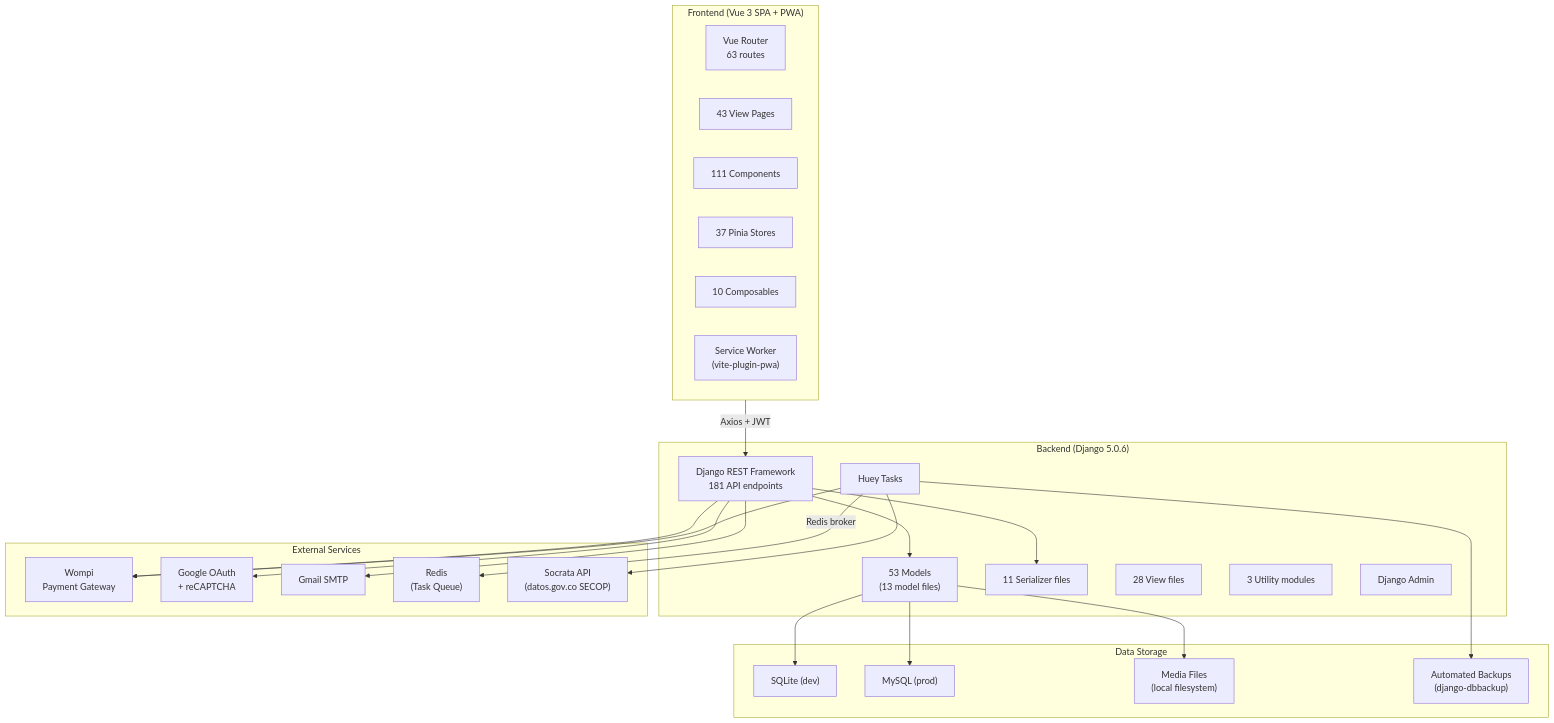
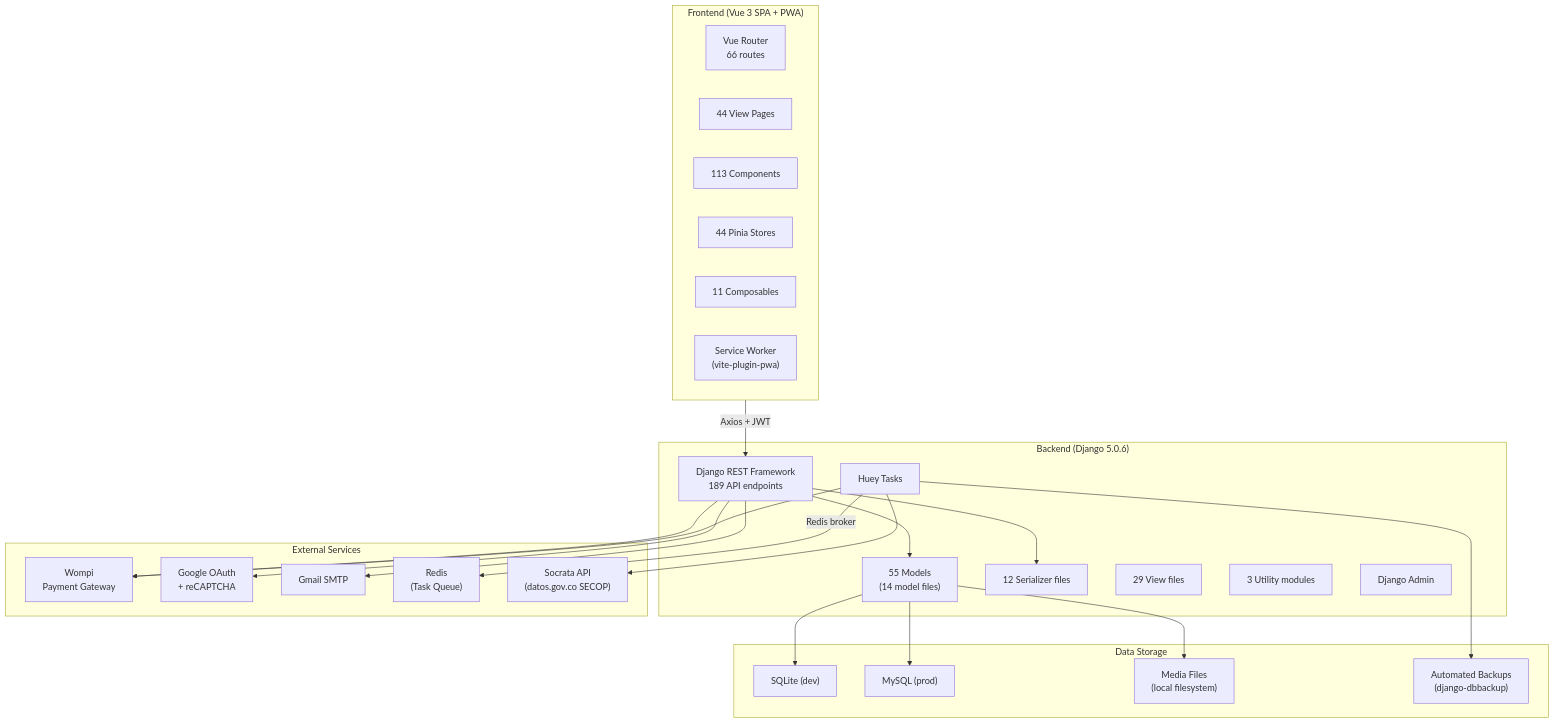
Before and after one commit to carlos18bp/gym_project: the first of 8 diagrams in docs/methodology/architecture.md, drawn with Mermaid. The commit also changed other lines of this file and 256 other files, not shown here.

````diff
--- a/docs/methodology/architecture.md
+++ b/docs/methodology/architecture.md
@@ -5,50 +5,50 @@
 ```mermaid
 flowchart TB
     subgraph Client["Frontend (Vue 3 SPA + PWA)"]
-        Router["Vue Router\n63 routes"]
-        Views["43 View Pages"]
-        Components["111 Components"]
-        Stores["37 Pinia Stores"]
-        Composables["10 Composables"]
+        Router["Vue Router\n66 routes"]
+        Views["44 View Pages"]
+        Components["113 Components"]
+        Stores["44 Pinia Stores"]
+        Composables["11 Composables"]
         SW["Service Worker\n(vite-plugin-pwa)"]
     end
 
     subgraph Server["Backend (Django 5.0.6)"]
-        DRF["Django REST Framework\n181 API endpoints"]
-        Models["53 Models\n(13 model files)"]
-        Serializers["11 Serializer files"]
-        Views_BE["28 View files"]
+        DRF["Django REST Framework\n189 API endpoints"]
+        Models["55 Models\n(14 model files)"]
+        Serializers["12 Serializer files"]
+        Views_BE["29 View files"]
         Utils["3 Utility modules"]
         Tasks["Huey Tasks"]
         Admin["Django Admin"]
     end
 
     subgraph External["External Services"]
         Wompi["Wompi\nPayment Gateway"]
         Google["Google OAuth\n+ reCAPTCHA"]
         SMTP["Gmail SMTP"]
         Redis["Redis\n(Task Queue)"]
         Socrata["Socrata API\n(datos.gov.co SECOP)"]
     end
 
     subgraph Storage["Data Storage"]
         DB_Dev["SQLite (dev)"]
         DB_Prod["MySQL (prod)"]
         Media["Media Files\n(local filesystem)"]
         Backups["Automated Backups\n(django-dbbackup)"]
     end
 
     Client -->|"Axios + JWT"| DRF
     DRF --> Models
     DRF --> Serializers
     Models --> DB_Dev
     Models --> DB_Prod
     Models --> Media
     Tasks -->|"Redis broker"| Redis
     Tasks --> Wompi
     Tasks --> Backups
     DRF --> SMTP
     DRF --> Google
     DRF --> Wompi
     Tasks --> Socrata
 ```
````
